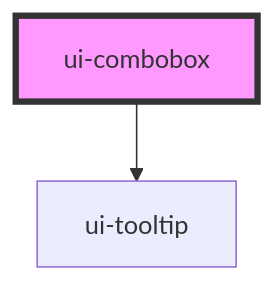
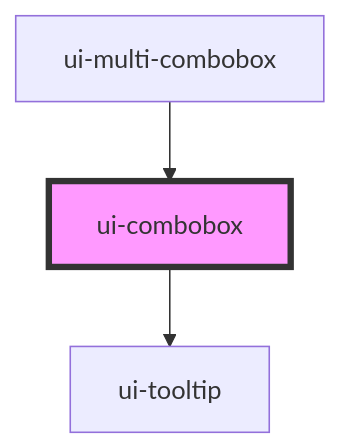
The diagram in packages/core/src/components/ui-combobox/readme.md (threadlabs-studio/looma), drawn with Mermaid before and after one commit. The commit also changed other lines of this file and 72 other files, not shown here.

First line of the commit message:
feat: add editable multi-value combobox primitives (#69)

````diff
--- a/packages/core/src/components/ui-combobox/readme.md
+++ b/packages/core/src/components/ui-combobox/readme.md
@@ -82,5 +97,6 @@
 ```mermaid
 graph TD;
   ui-combobox --> ui-tooltip
+  ui-multi-combobox --> ui-combobox
   style ui-combobox fill:#f9f,stroke:#333,stroke-width:4px
 ```
````
